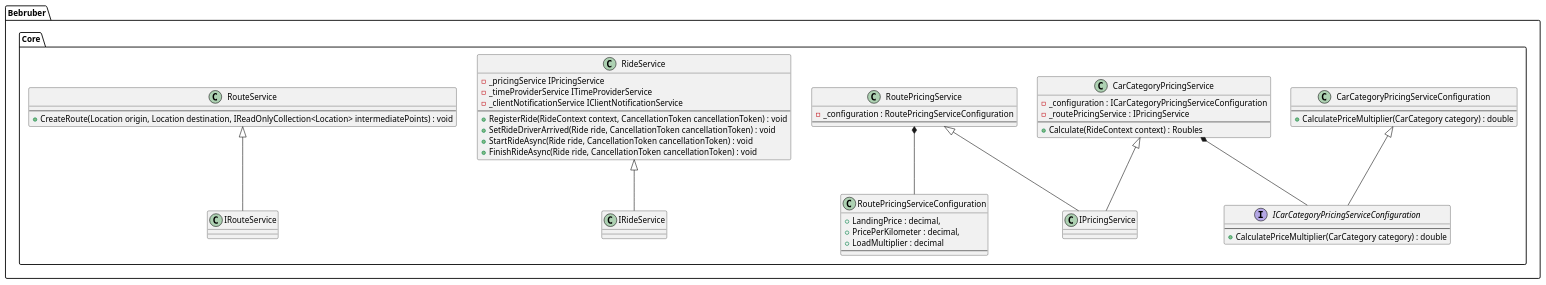
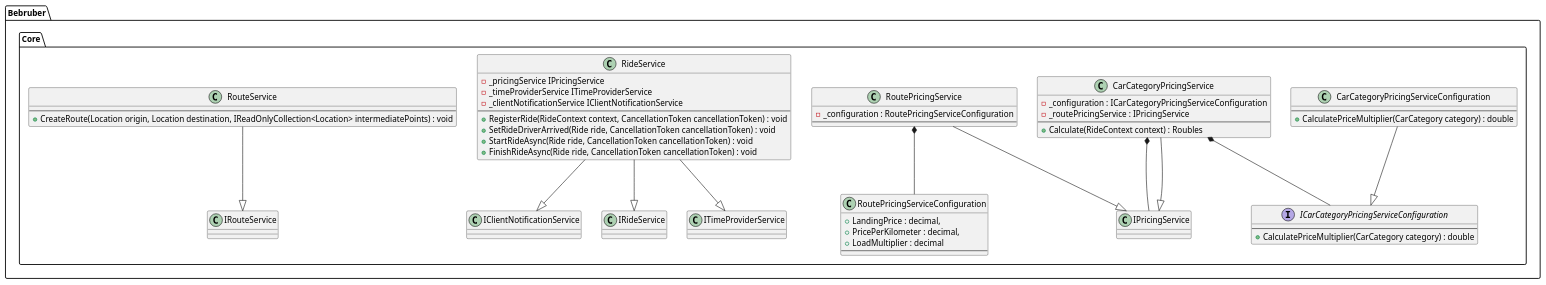
Before and after one commit to is-oop-y24/bebruber: the diagram in docs/Bebruber.Core.puml, drawn with PlantUML. The commit also changed 1 other file, not shown here.

```diff
--- a/docs/Bebruber.Core.puml
+++ b/docs/Bebruber.Core.puml
@@ -1,69 +1,73 @@
 @startuml Structure
 'https://plantuml.com/class-diagram
 
 package Bebruber.Core
 {
     interface ICarCategoryPricingServiceConfiguration
     {
         ---
         + CalculatePriceMultiplier(CarCategory category) : double
     }
 
     class CarCategoryPricingServiceConfiguration
     {
         ---
         + CalculatePriceMultiplier(CarCategory category) : double
     }
 
     class RoutePricingServiceConfiguration
     {
         +LandingPrice : decimal,
         +PricePerKilometer : decimal,
         +LoadMultiplier : decimal
         ---
     }
 
-    CarCategoryPricingServiceConfiguration <|-- ICarCategoryPricingServiceConfiguration
+    CarCategoryPricingServiceConfiguration --|> ICarCategoryPricingServiceConfiguration
 
     class CarCategoryPricingService
     {
         -_configuration : ICarCategoryPricingServiceConfiguration
         -_routePricingService : IPricingService
         ---
         +Calculate(RideContext context) : Roubles
     }
 
     class RideService
     {
         -_pricingService IPricingService
         -_timeProviderService ITimeProviderService
         -_clientNotificationService IClientNotificationService
         ---
         +RegisterRide(RideContext context, CancellationToken cancellationToken) : void
         +SetRideDriverArrived(Ride ride, CancellationToken cancellationToken) : void
         +StartRideAsync(Ride ride, CancellationToken cancellationToken) : void
         +FinishRideAsync(Ride ride, CancellationToken cancellationToken) : void
     }
 
     class RoutePricingService
     {
         -_configuration : RoutePricingServiceConfiguration
         ---
     }
 
     class RouteService
     {
         ---
         +CreateRoute(Location origin, Location destination, IReadOnlyCollection<Location> intermediatePoints) : void
     }
 
     CarCategoryPricingService *-- ICarCategoryPricingServiceConfiguration
+    CarCategoryPricingService *-- IPricingService
     RoutePricingService *-- RoutePricingServiceConfiguration
 
-    RideService <|-- IRideService 
-    RoutePricingService <|-- IPricingService
-    CarCategoryPricingService <|-- IPricingService
-    RouteService <|-- IRouteService
+    RideService --|> IRideService
+    RideService --|> ITimeProviderService
+    RideService --|> IClientNotificationService
+
+    RoutePricingService --|> IPricingService
+    CarCategoryPricingService --|> IPricingService
+    RouteService --|> IRouteService
 }
 
 @enduml
```
